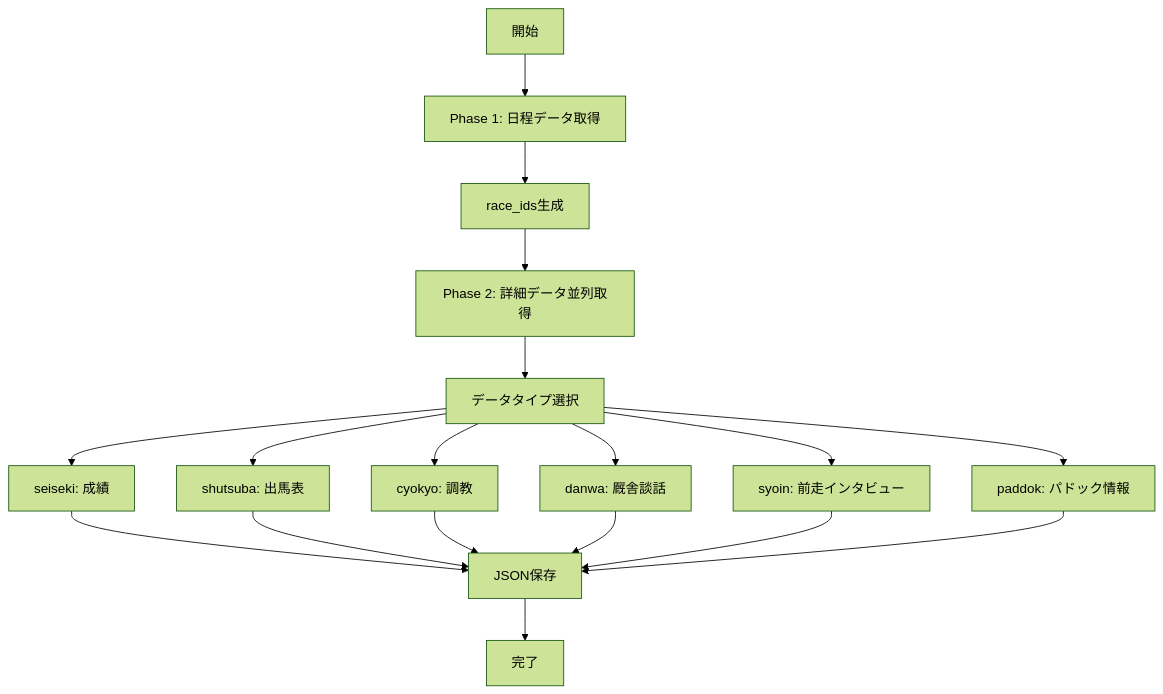
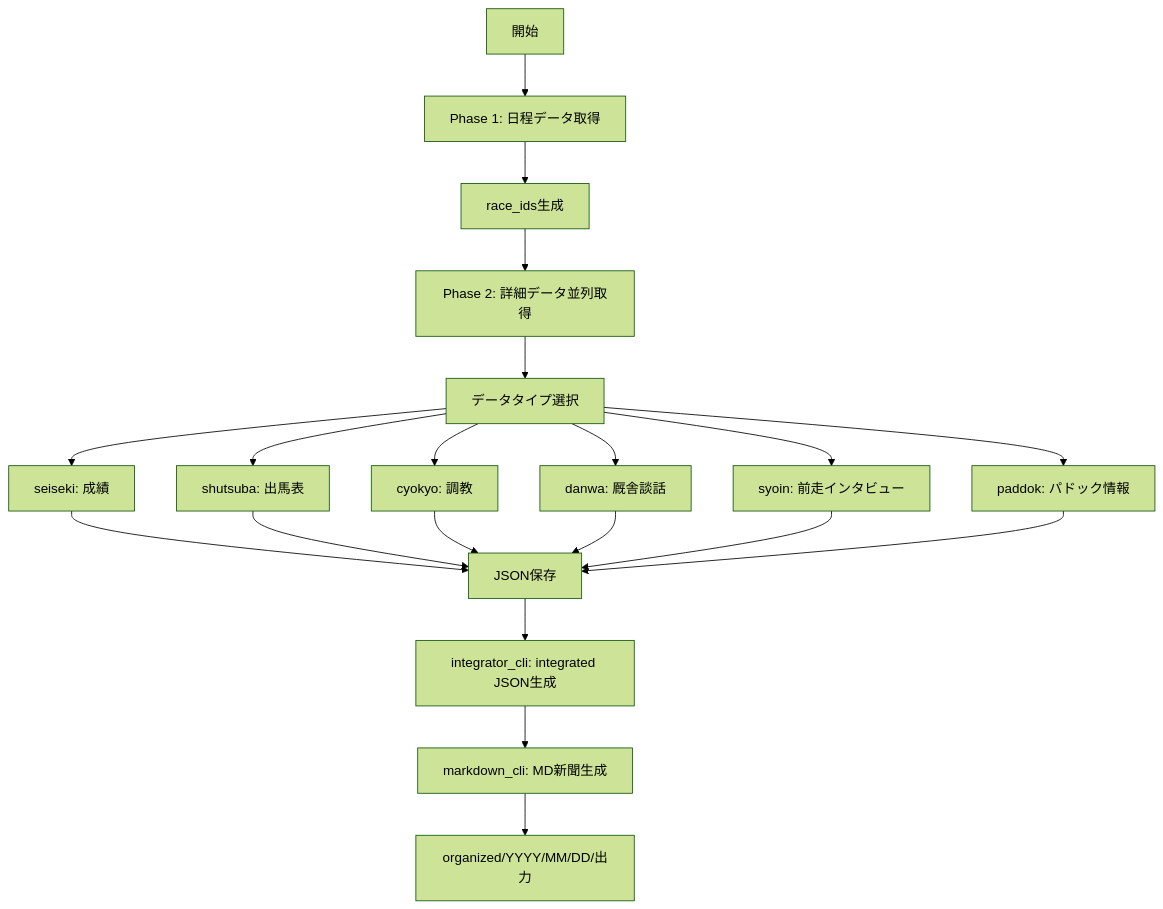
Before and after one commit to keiba-debug/keiba-cicd-core: the diagram in KeibaCICD.keibabook/docs/使い方/データ取得の流れ.md, drawn with Mermaid (forest theme). The commit also changed other lines of this file and 64 other files, not shown here.

````diff
--- a/KeibaCICD.keibabook/docs/使い方/データ取得の流れ.md
+++ b/KeibaCICD.keibabook/docs/使い方/データ取得の流れ.md
@@ -8,20 +8,22 @@
 ```mermaid
 graph TD
     A[開始] --> B[Phase 1: 日程データ取得]
     B --> C[race_ids生成]
     C --> D[Phase 2: 詳細データ並列取得]
     D --> E[データタイプ選択]
     E --> F1[seiseki: 成績]
     E --> F2[shutsuba: 出馬表]
     E --> F3[cyokyo: 調教]
     E --> F4[danwa: 厩舎談話]
     E --> F5[syoin: 前走インタビュー]
     E --> F6[paddok: パドック情報]
     F1 --> G[JSON保存]
     F2 --> G
     F3 --> G
     F4 --> G
     F5 --> G
     F6 --> G
-    G --> H[完了]
+    G --> H[integrator_cli: integrated JSON生成]
+    H --> I[markdown_cli: MD新聞生成]
+    I --> J[organized/YYYY/MM/DD/出力]
 ```
````
